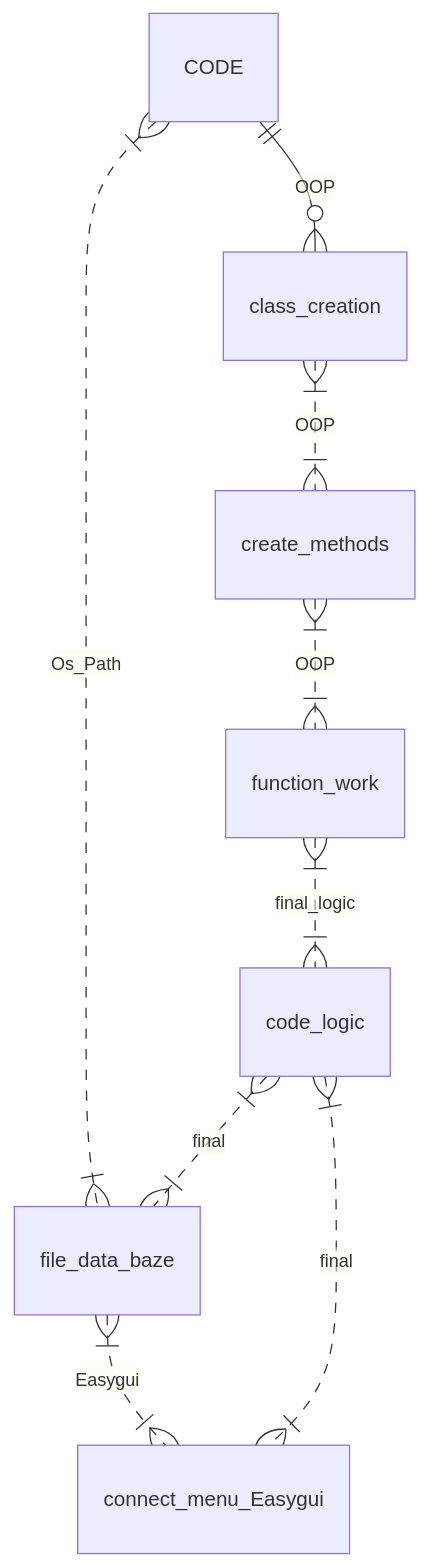
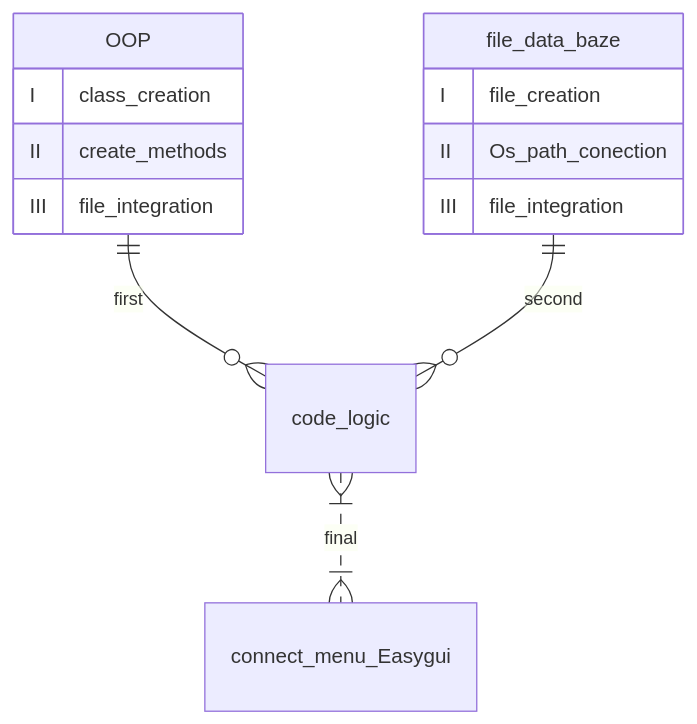
One commit to juliasorbon/Menu-for-CoffeeShop changed the diagram in README.md. Above: the diagram before and after it, drawn with Mermaid. The commit also changed other lines of this file, not shown here.

````diff
--- a/README.md
+++ b/README.md
@@ -19,11 +18,16 @@
 ```mermaid
 erDiagram
-    CODE ||--o{ class_creation : OOP
-    class_creation }|..|{ create_methods : OOP
-    CODE }|..|{ file_data_baze : Os_Path
-    file_data_baze }|..|{ connect_menu_Easygui : Easygui
-    create_methods }|..|{ function_work : OOP
-    function_work }|..|{ code_logic : final_logic
-    code_logic }|..|{ file_data_baze : final
+    OOP ||--o{ code_logic : first
+    OOP {
+        I class_creation
+        II create_methods
+        III file_integration 
+    }
+    file_data_baze ||--o{ code_logic : second
+    file_data_baze {
+        I file_creation
+        II Os_path_conection
+        III file_integration 
+    }
     code_logic }|..|{ connect_menu_Easygui : final
 ```
````
